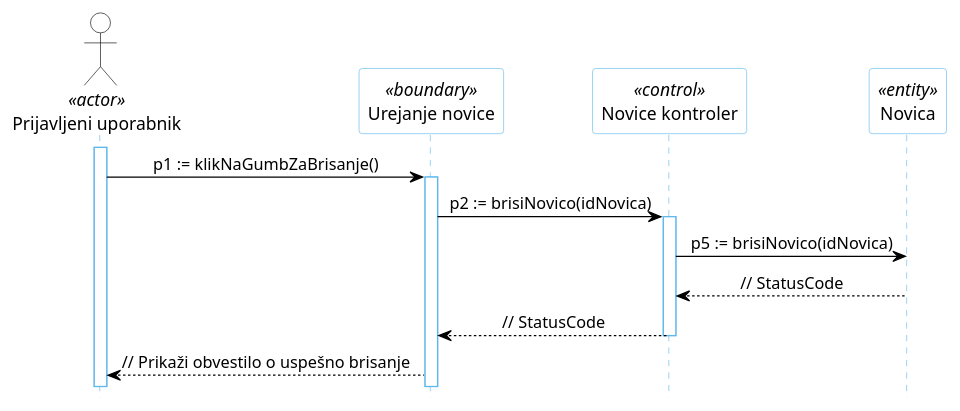
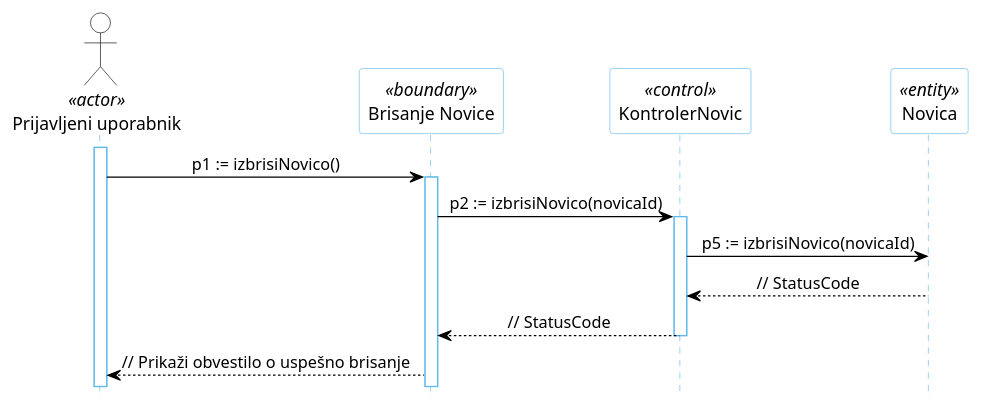
Before and after one commit to kupinah/test-tpo: the diagram in docs/gradivo/plantuml/DZ/brisanje-novica-osnovni.puml, drawn with PlantUML. The commit also changed other lines of this file and 10 other files, not shown here.

```diff
--- a/docs/gradivo/plantuml/DZ/brisanje-novica-osnovni.puml
+++ b/docs/gradivo/plantuml/DZ/brisanje-novica-osnovni.puml
@@ -1,29 +1,29 @@
 @startuml
 hide footbox
 
 skinparam backgroundcolor transparent
 skinparam defaultTextAlignment center
 skinparam actorBorderColor black
 skinparam actorBackgroundColor white
 skinparam arrowColor black
 skinparam sequenceLifeLineBorderColor #5FB8EC
 skinparam sequenceParticipantBorderColor #5FB8EC
 skinparam sequenceParticipantBackgroundColor white
 
 actor "Prijavljeni uporabnik" AS U1 <<actor>>
 
-participant "Urejanje novice" as R5 <<boundary>>
-participant "Novice kontroler" as R2 <<control>>
+participant "Brisanje Novice" as R5 <<boundary>>
+participant "KontrolerNovic" as R2 <<control>>
 participant "Novica" as R4 <<entity>>
 
 activate U1
-U1 -> R5: p1 := klikNaGumbZaBrisanje()
+U1 -> R5: p1 := izbrisiNovico()
 activate R5
-R5 -> R2: p2 := brisiNovico(idNovica)
+R5 -> R2: p2 := izbrisiNovico(novicaId)
 activate R2
-R2 -> R4: p5 := brisiNovico(idNovica)
+R2 -> R4: p5 := izbrisiNovico(novicaId)
 R4 --> R2: // StatusCode
 R2 --> R5: // StatusCode
 deactivate R2
 R5 --> U1: // Prikaži obvestilo o uspešno brisanje
 @enduml
```
